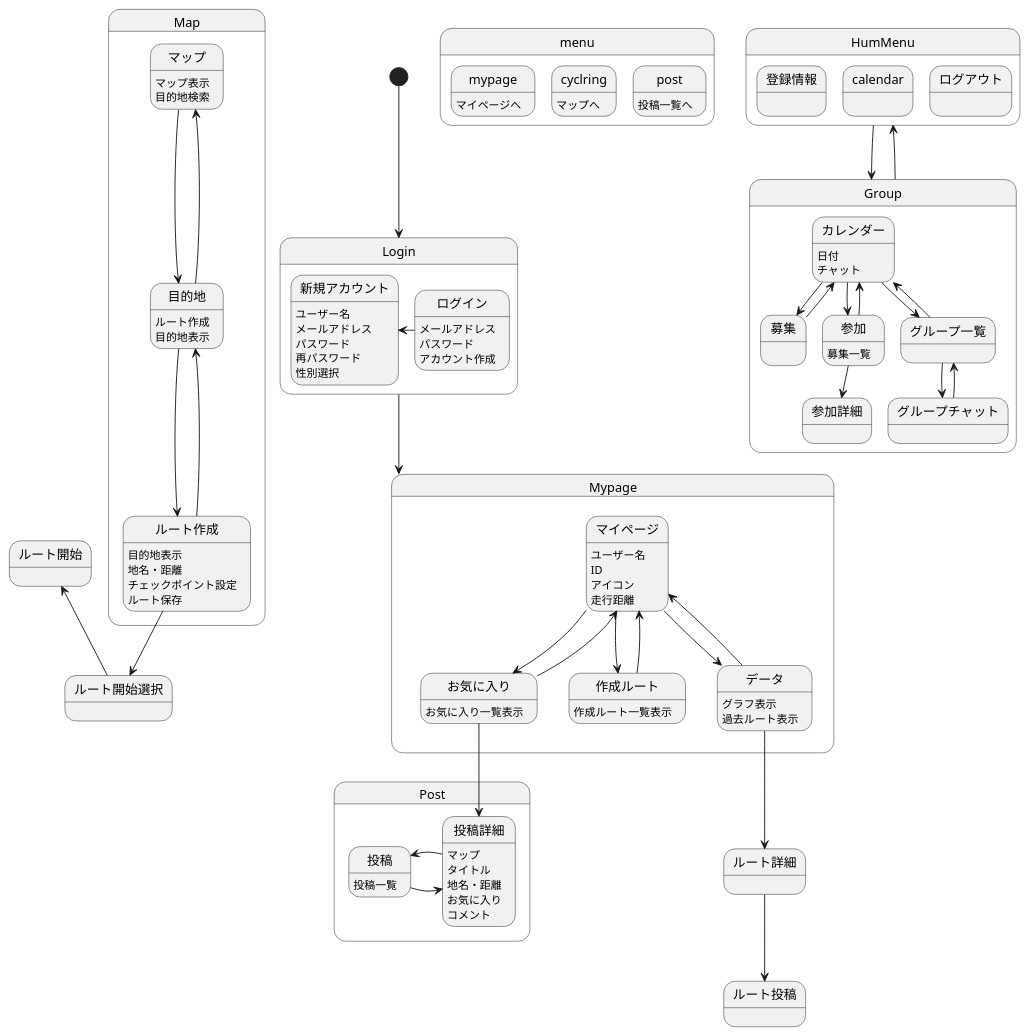
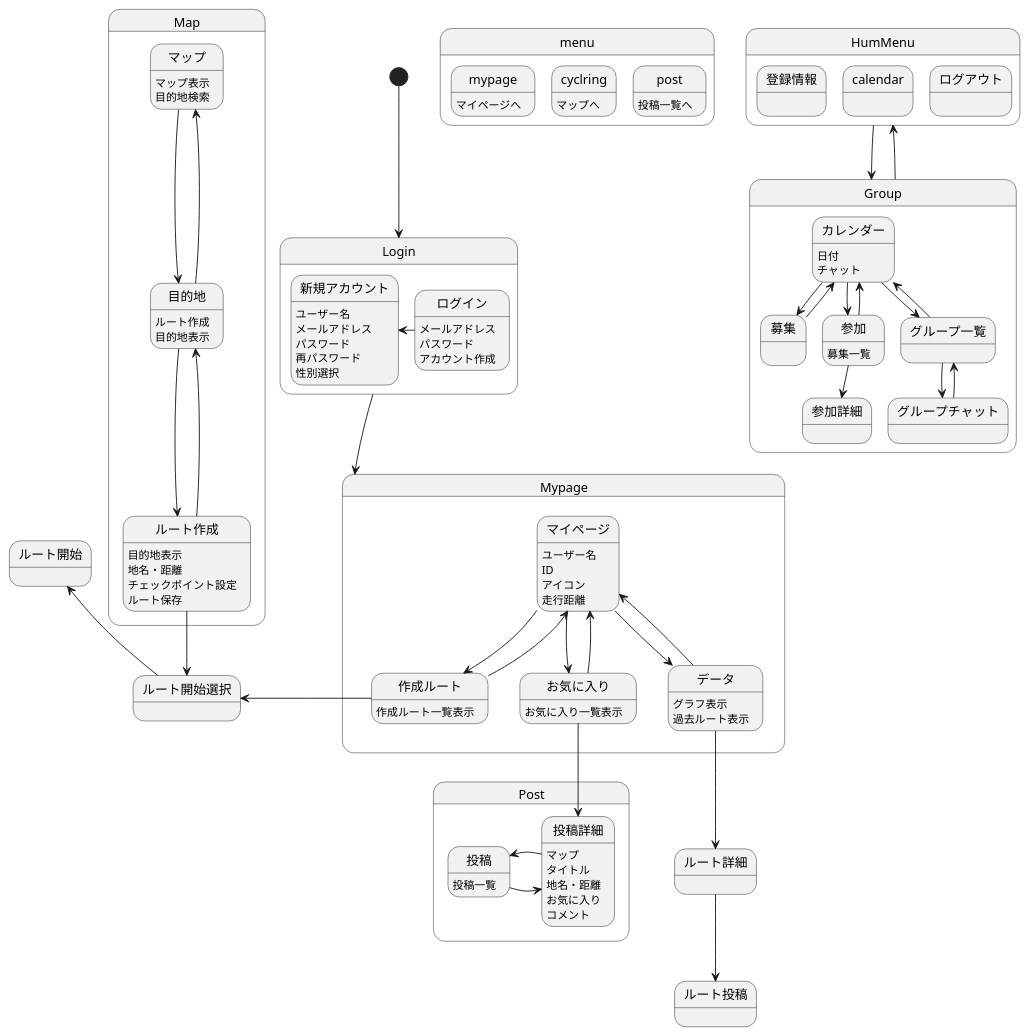
The diagram in 画面遷移図/gm.md (AsoSD3A3/CyclingSystem), drawn with PlantUML before and after one commit.

```diff
--- a/画面遷移図/gm.md
+++ b/画面遷移図/gm.md
@@ -82,6 +82,8 @@
 ルート作成:チェックポイント設定
 ルート作成:ルート保存
 }
+
+作成ルート-right->ルート開始選択
 ルート作成-->ルート開始選択
 ルート開始選択-up->ルート開始
 
```
